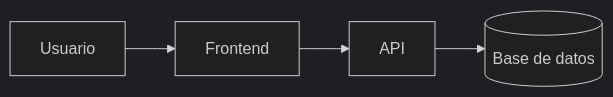
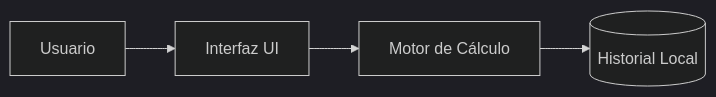
Before and after one commit to sebastianmr-eng/laboratorio-readme: the diagram in README.md, drawn with Mermaid (dark theme). The commit also changed other lines of this file, not shown here.

````diff
--- a/README.md
+++ b/README.md
@@ -25,6 +41,6 @@
 ```mermaid
 graph LR
-    A[Usuario] --> B[Frontend]
-    B --> C[API]
-    C --> D[(Base de datos)]
+    A[Usuario] --> B[Interfaz UI]
+    B --> C[Motor de Cálculo]
+    C --> D[(Historial Local)]
 ```
````
